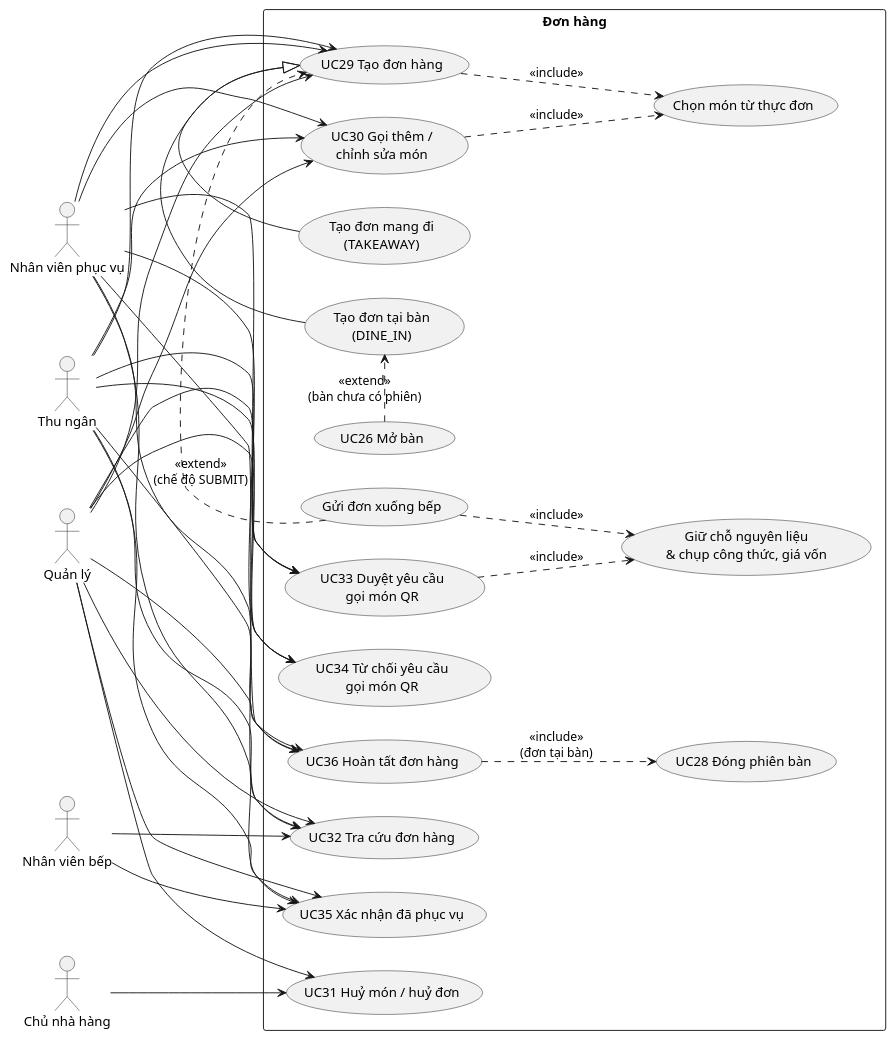
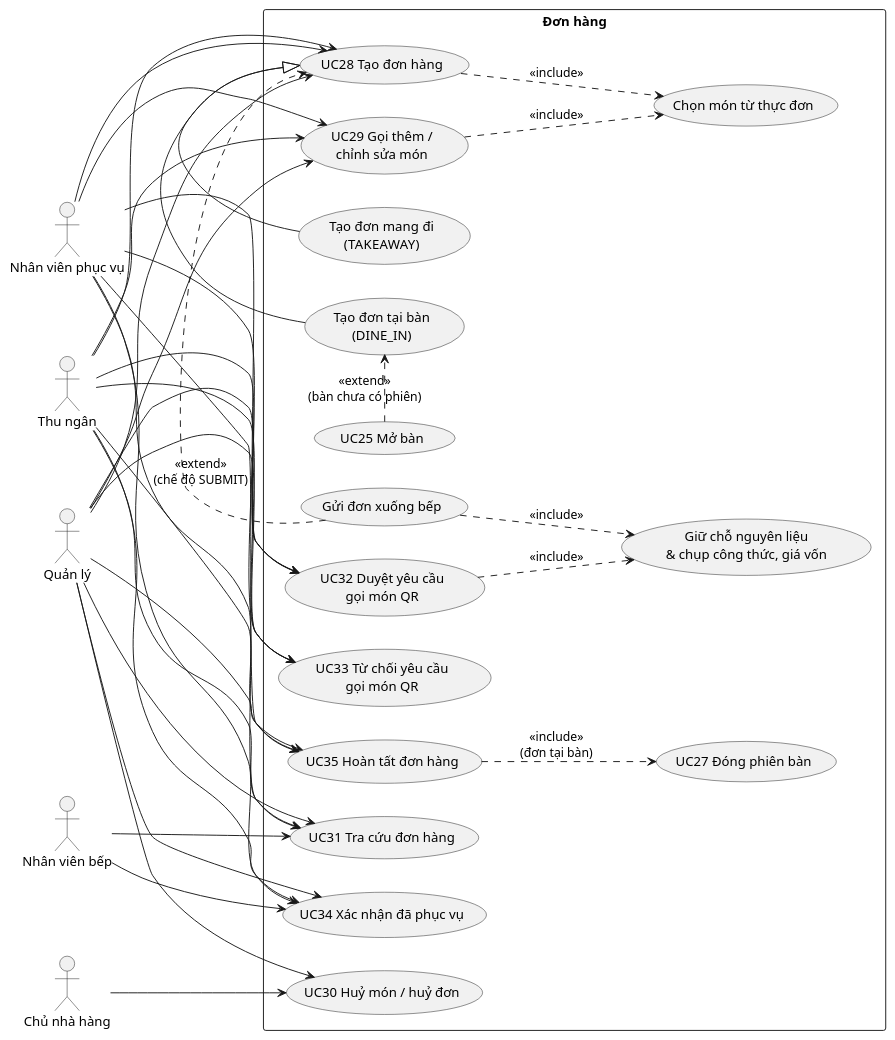
One commit to TruongHidu/XayPOS_be changed the first of 2 diagrams in docs/usecase/06-don-hang.md. Above: the diagram before and after it, drawn with PlantUML. The commit also changed other lines of this file and 50 other files, not shown here.

````diff
--- a/docs/usecase/06-don-hang.md
+++ b/docs/usecase/06-don-hang.md
@@ -5,66 +5,66 @@
 ```plantuml
 @startuml UC06_DonHang
 left to right direction
 skinparam packageStyle rectangle
 
 actor "Nhân viên phục vụ" as Waiter
 actor "Thu ngân" as Cashier
 actor "Quản lý" as Manager
 actor "Nhân viên bếp" as Kitchen
 actor "Chủ nhà hàng" as Owner
 
 rectangle "Đơn hàng" {
-  usecase "UC29 Tạo đơn hàng" as UC29
-  usecase "Tạo đơn tại bàn\n(DINE_IN)" as UC29a
-  usecase "Tạo đơn mang đi\n(TAKEAWAY)" as UC29b
+  usecase "UC28 Tạo đơn hàng" as UC28
+  usecase "Tạo đơn tại bàn\n(DINE_IN)" as UC28a
+  usecase "Tạo đơn mang đi\n(TAKEAWAY)" as UC28b
   usecase "Chọn món từ thực đơn" as UCsel
   usecase "Gửi đơn xuống bếp" as UCsub
   usecase "Giữ chỗ nguyên liệu\n& chụp công thức, giá vốn" as UCinv
-  usecase "UC26 Mở bàn" as UC26
-  usecase "UC30 Gọi thêm /\nchỉnh sửa món" as UC30
-  usecase "UC31 Huỷ món / huỷ đơn" as UC31
-  usecase "UC32 Tra cứu đơn hàng" as UC32
-  usecase "UC33 Duyệt yêu cầu\ngọi món QR" as UC33
-  usecase "UC34 Từ chối yêu cầu\ngọi món QR" as UC34
-  usecase "UC35 Xác nhận đã phục vụ" as UC35
-  usecase "UC36 Hoàn tất đơn hàng" as UC36
-  usecase "UC28 Đóng phiên bàn" as UC28
+  usecase "UC25 Mở bàn" as UC25
+  usecase "UC29 Gọi thêm /\nchỉnh sửa món" as UC29
+  usecase "UC30 Huỷ món / huỷ đơn" as UC30
+  usecase "UC31 Tra cứu đơn hàng" as UC31
+  usecase "UC32 Duyệt yêu cầu\ngọi món QR" as UC32
+  usecase "UC33 Từ chối yêu cầu\ngọi món QR" as UC33
+  usecase "UC34 Xác nhận đã phục vụ" as UC34
+  usecase "UC35 Hoàn tất đơn hàng" as UC35
+  usecase "UC27 Đóng phiên bàn" as UC27
 }
 
+Waiter --> UC28
 Waiter --> UC29
-Waiter --> UC30
+Waiter --> UC31
 Waiter --> UC32
 Waiter --> UC33
 Waiter --> UC34
 Waiter --> UC35
-Waiter --> UC36
+Cashier --> UC28
 Cashier --> UC29
-Cashier --> UC30
+Cashier --> UC31
 Cashier --> UC32
 Cashier --> UC33
 Cashier --> UC34
 Cashier --> UC35
-Cashier --> UC36
+Manager --> UC28
 Manager --> UC29
 Manager --> UC30
 Manager --> UC31
 Manager --> UC32
 Manager --> UC33
 Manager --> UC34
 Manager --> UC35
-Manager --> UC36
-Kitchen --> UC32
-Kitchen --> UC35
-Owner --> UC31
+Kitchen --> UC31
+Kitchen --> UC34
+Owner --> UC30
 
-UC29a -|> UC29
-UC29b -|> UC29
+UC28a -|> UC28
+UC28b -|> UC28
+UC28 ..> UCsel : <<include>>
 UC29 ..> UCsel : <<include>>
-UC30 ..> UCsel : <<include>>
-UCsub .> UC29 : <<extend>>\n(chế độ SUBMIT)
+UCsub .> UC28 : <<extend>>\n(chế độ SUBMIT)
 UCsub ..> UCinv : <<include>>
-UC26 .> UC29a : <<extend>>\n(bàn chưa có phiên)
-UC33 ..> UCinv : <<include>>
-UC36 ..> UC28 : <<include>>\n(đơn tại bàn)
+UC25 .> UC28a : <<extend>>\n(bàn chưa có phiên)
+UC32 ..> UCinv : <<include>>
+UC35 ..> UC27 : <<include>>\n(đơn tại bàn)
 @enduml
 ```
````
